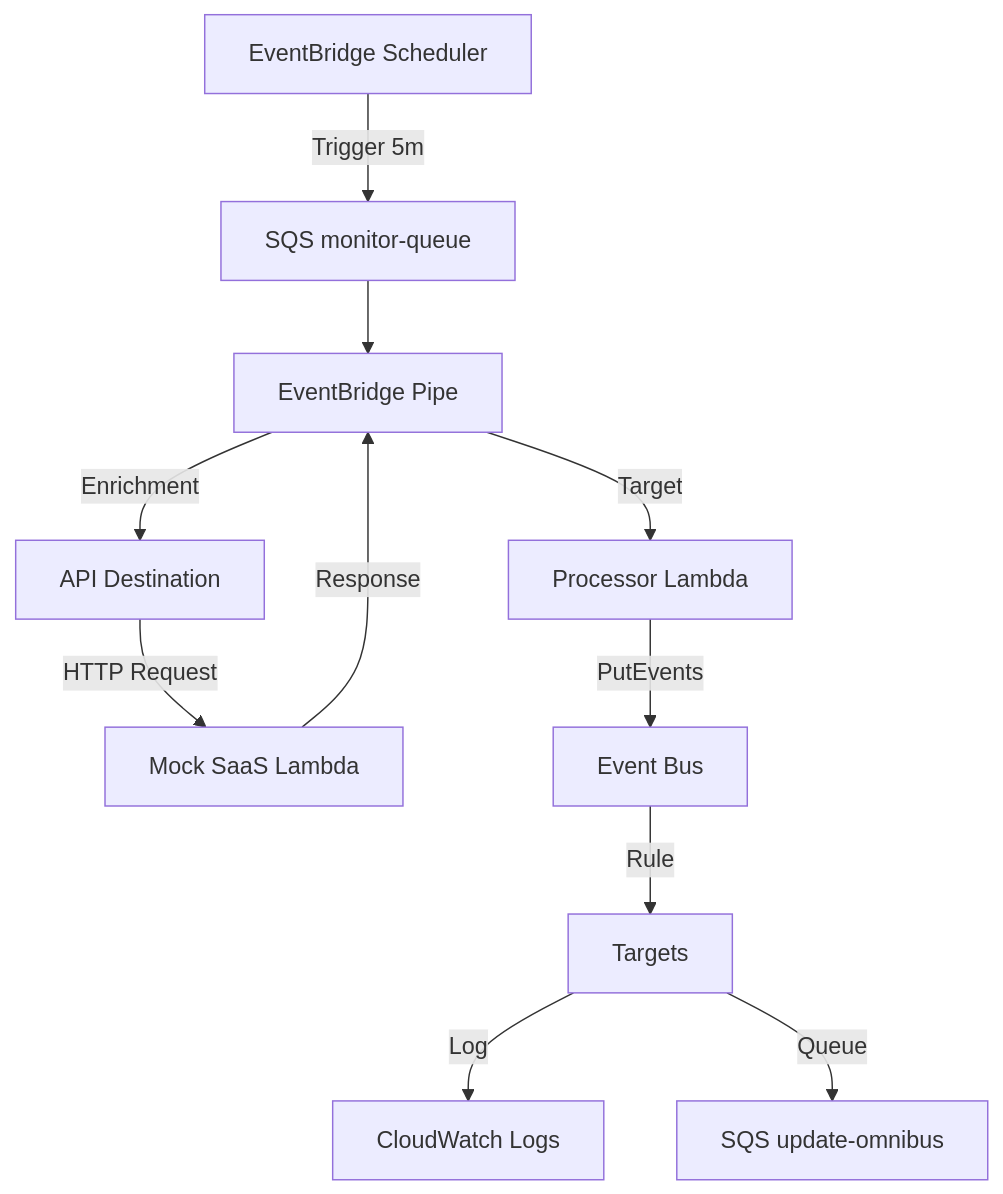
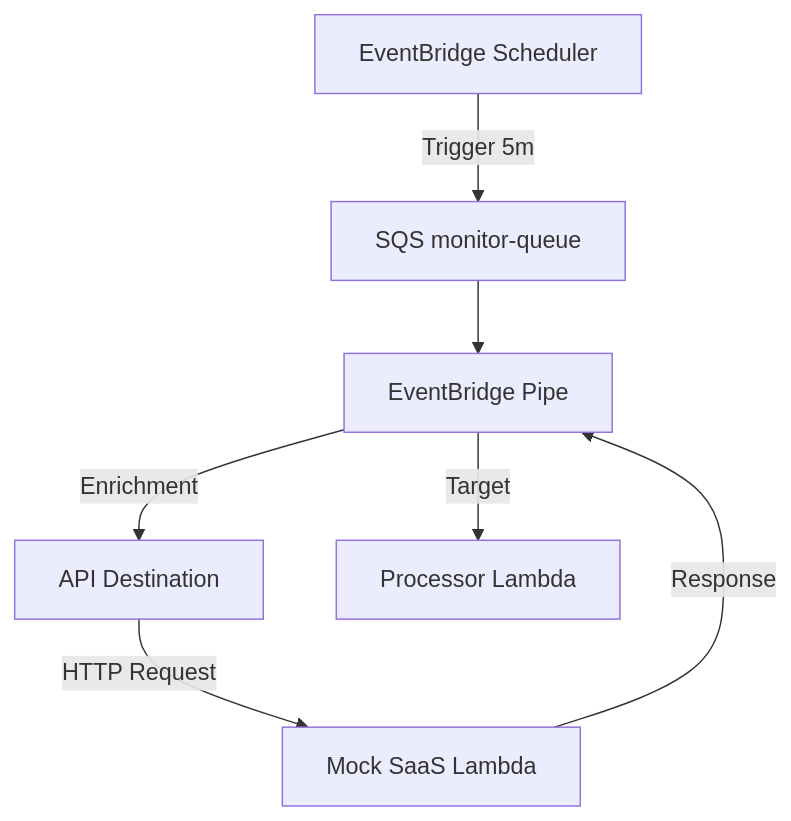
One commit to noamblu/saas-monitor-architecture changed the diagram in README.md. Above: the diagram before and after it, drawn with Mermaid. The commit also changed other lines of this file and 5 other files, not shown here.

Commit message:
Configure external event bus (main.tf, blueprint, readme)

````diff
--- a/README.md
+++ b/README.md
@@ -9,13 +9,9 @@
 ```mermaid
 graph TD
     Scheduler[EventBridge Scheduler] -->|Trigger 5m| SQS_Trigger[SQS monitor-queue]
     SQS_Trigger --> Pipe[EventBridge Pipe]
     Pipe -->|Enrichment| APIDest[API Destination]
     APIDest -->|HTTP Request| MockSaaS[Mock SaaS Lambda]
     MockSaaS -->|Response| Pipe
     Pipe -->|Target| Processor[Processor Lambda]
-    Processor -->|PutEvents| Bus[Event Bus]
-    Bus -->|Rule| Targets
-    Targets -->|Log| CWLogs[CloudWatch Logs]
-    Targets -->|Queue| SQS_Omnibus[SQS update-omnibus]
 ```
````
